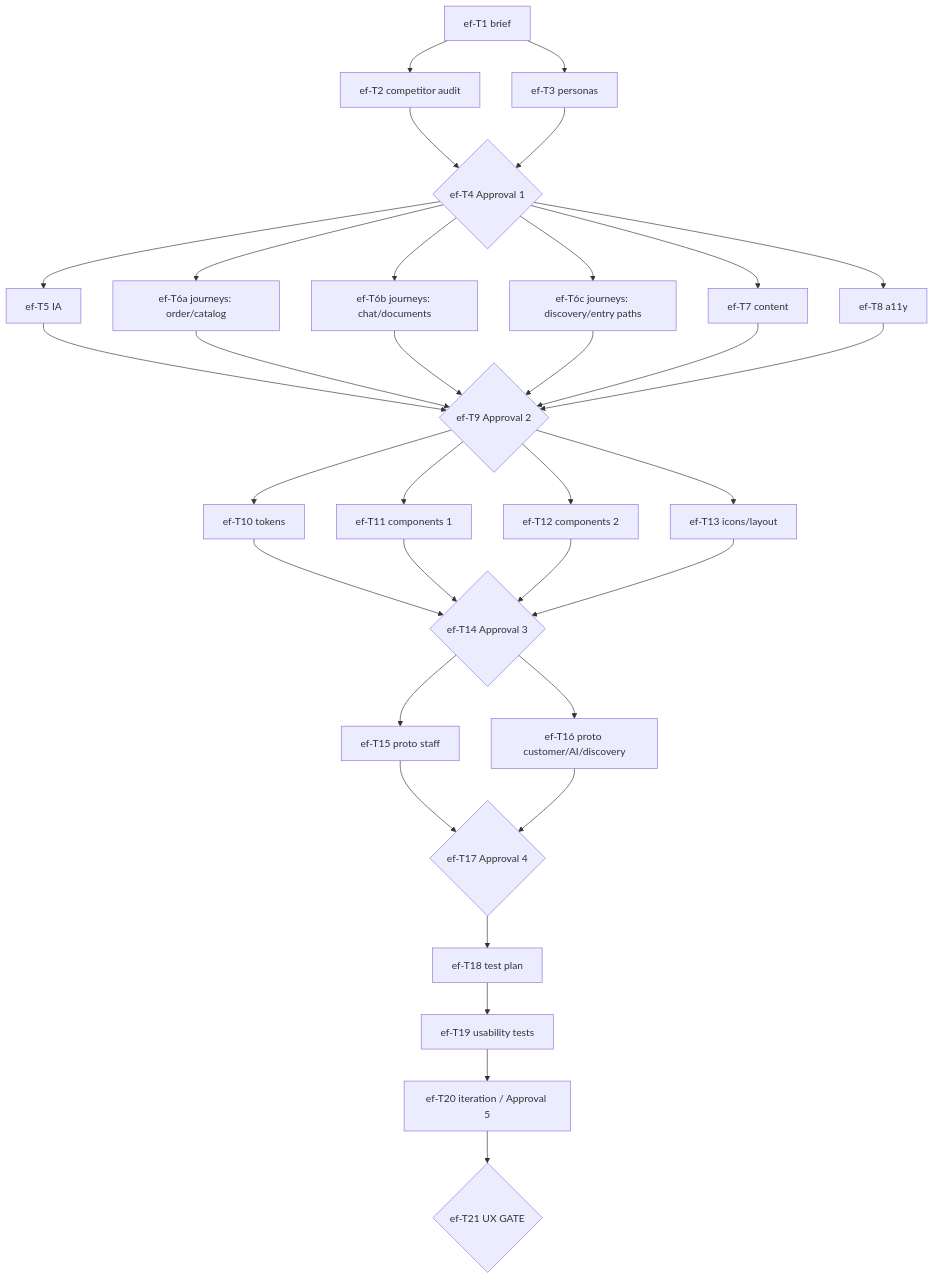
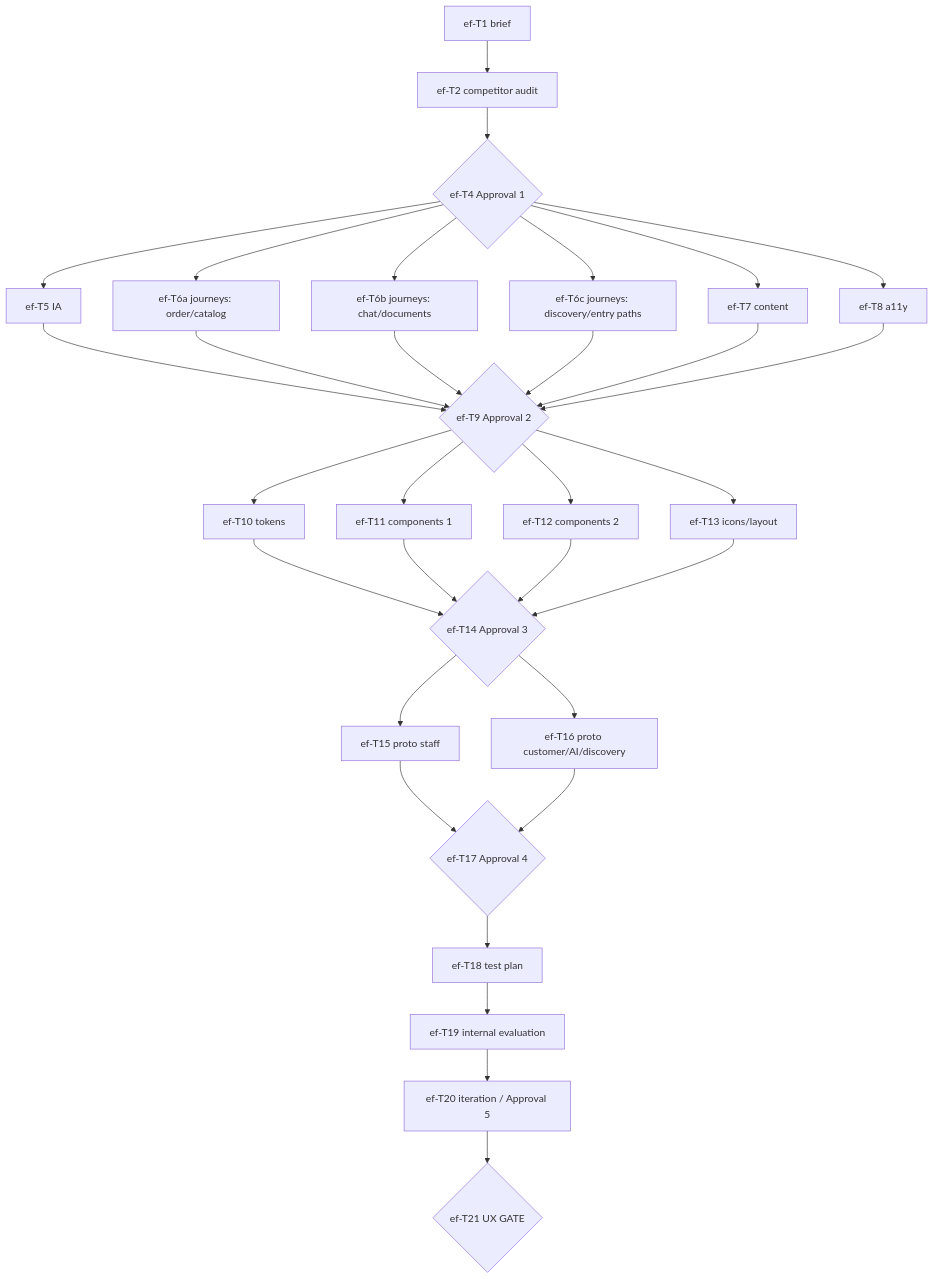
Before and after one commit to KurbatovIvann/showzy-v2: the diagram in docs/plans/experience-foundation.md, drawn with Mermaid. The commit also changed other lines of this file and 8 other files, not shown here.

First line of the commit message:
Revise Experience Foundation for internal evaluation.

````diff
--- a/docs/plans/experience-foundation.md
+++ b/docs/plans/experience-foundation.md
@@ -353,35 +349,33 @@
 ```mermaid
 flowchart TD
   T1[ef-T1 brief] --> T2[ef-T2 competitor audit]
-  T1 --> T3[ef-T3 personas]
   T2 --> T4{ef-T4 Approval 1}
-  T3 --> T4
   T4 --> T5[ef-T5 IA]
   T4 --> T6a[ef-T6a journeys: order/catalog]
   T4 --> T6b[ef-T6b journeys: chat/documents]
   T4 --> T6c[ef-T6c journeys: discovery/entry paths]
   T4 --> T7[ef-T7 content]
   T4 --> T8[ef-T8 a11y]
   T5 --> T9{ef-T9 Approval 2}
   T6a --> T9
   T6b --> T9
   T6c --> T9
   T7 --> T9
   T8 --> T9
   T9 --> T10[ef-T10 tokens]
   T9 --> T11[ef-T11 components 1]
   T9 --> T12[ef-T12 components 2]
   T9 --> T13[ef-T13 icons/layout]
   T10 --> T14{ef-T14 Approval 3}
   T11 --> T14
   T12 --> T14
   T13 --> T14
   T14 --> T15[ef-T15 proto staff]
   T14 --> T16[ef-T16 proto customer/AI/discovery]
   T15 --> T17{ef-T17 Approval 4}
   T16 --> T17
   T17 --> T18[ef-T18 test plan]
-  T18 --> T19[ef-T19 usability tests]
+  T18 --> T19[ef-T19 internal evaluation]
   T19 --> T20[ef-T20 iteration / Approval 5]
   T20 --> T21{ef-T21 UX GATE}
 ```
````
